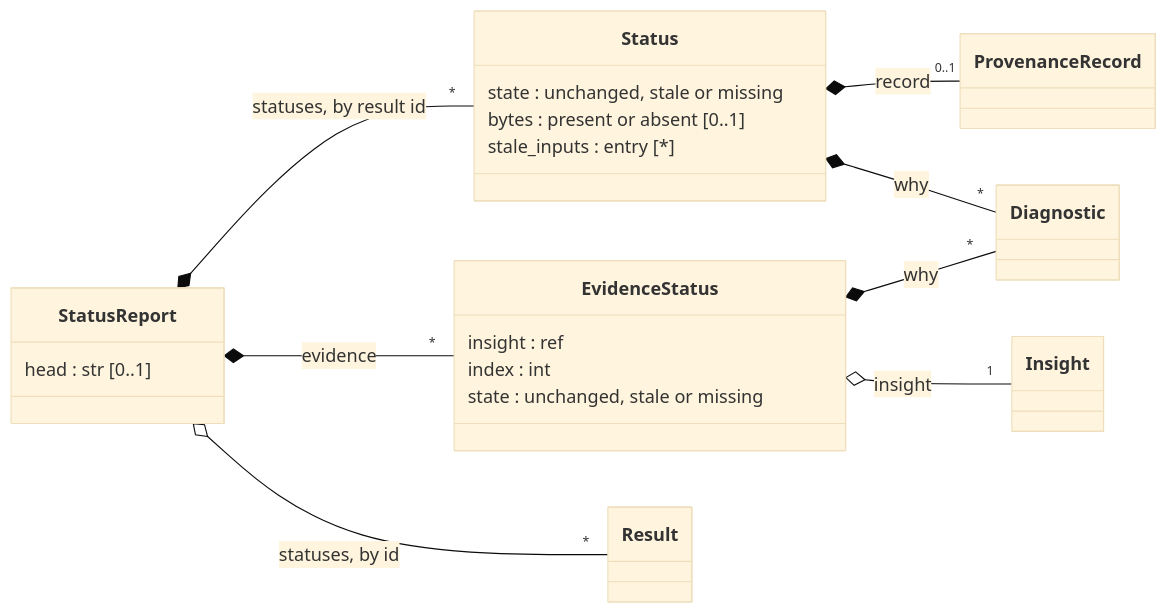
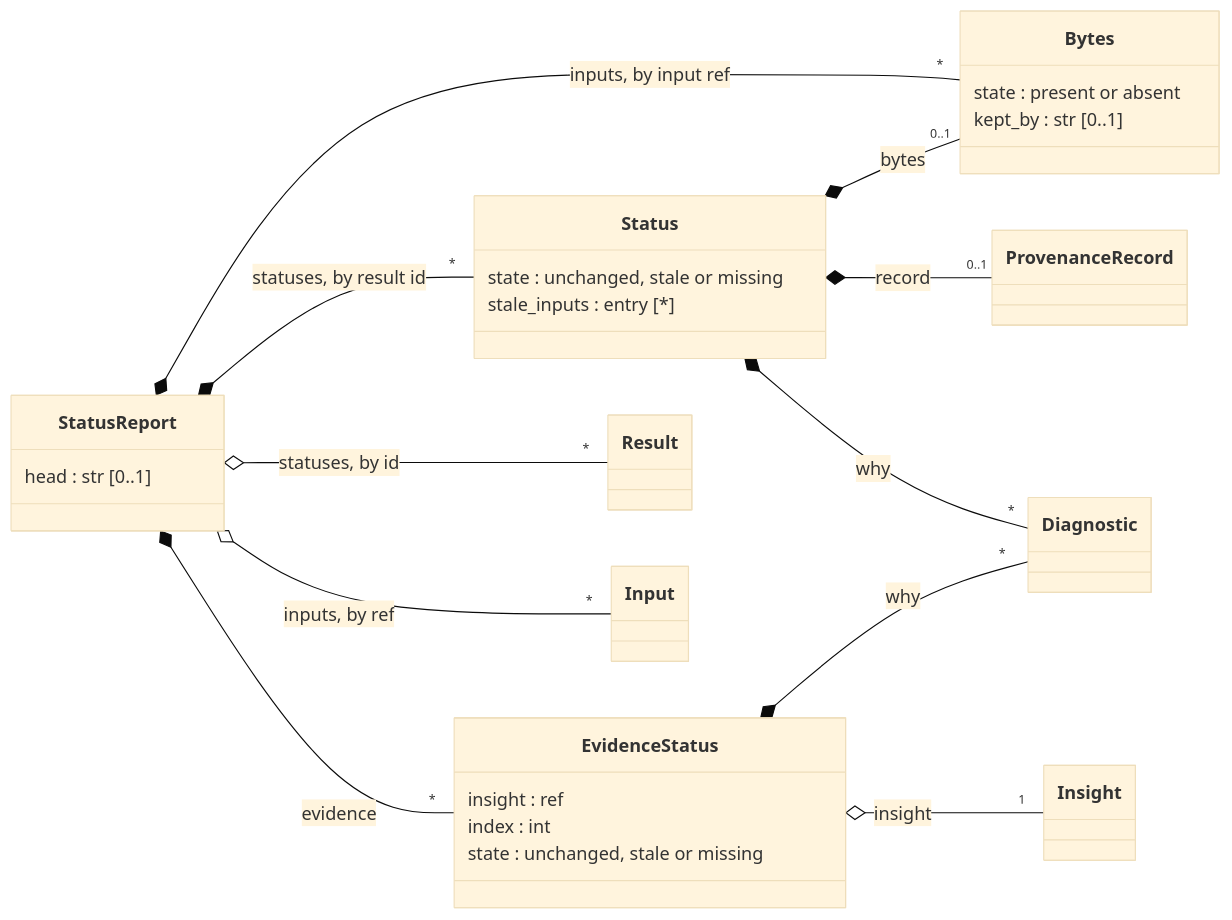
One commit to astra-project/astra-tools changed the sixth of 8 diagrams in docs/data-model.md. Above: the diagram before and after it, drawn with Mermaid (base theme). The commit also changed other lines of this file and 20 other files, not shown here.

````diff
--- a/docs/data-model.md
+++ b/docs/data-model.md
@@ -612,28 +616,35 @@
 ```mermaid
 classDiagram
   direction LR
   class StatusReport {
     head : str [0..1]
   }
   class Status {
     state : unchanged, stale or missing
-    bytes : present or absent [0..1]
     stale_inputs : entry [*]
+  }
+  class Bytes {
+    state : present or absent
+    kept_by : str [0..1]
   }
   class EvidenceStatus {
     insight : ref
     index : int
     state : unchanged, stale or missing
   }
   class ProvenanceRecord
   class Result
+  class Input
   class Diagnostic
   class Insight
   StatusReport *-- "*" Status : statuses, by result id
   StatusReport *-- "*" EvidenceStatus : evidence
+  StatusReport *-- "*" Bytes : inputs, by input ref
   StatusReport o-- "*" Result : statuses, by id
+  StatusReport o-- "*" Input : inputs, by ref
+  Status *-- "0..1" Bytes : bytes
   Status *-- "0..1" ProvenanceRecord : record
   Status *-- "*" Diagnostic : why
   EvidenceStatus *-- "*" Diagnostic : why
   EvidenceStatus o-- "1" Insight : insight
 ```
````
